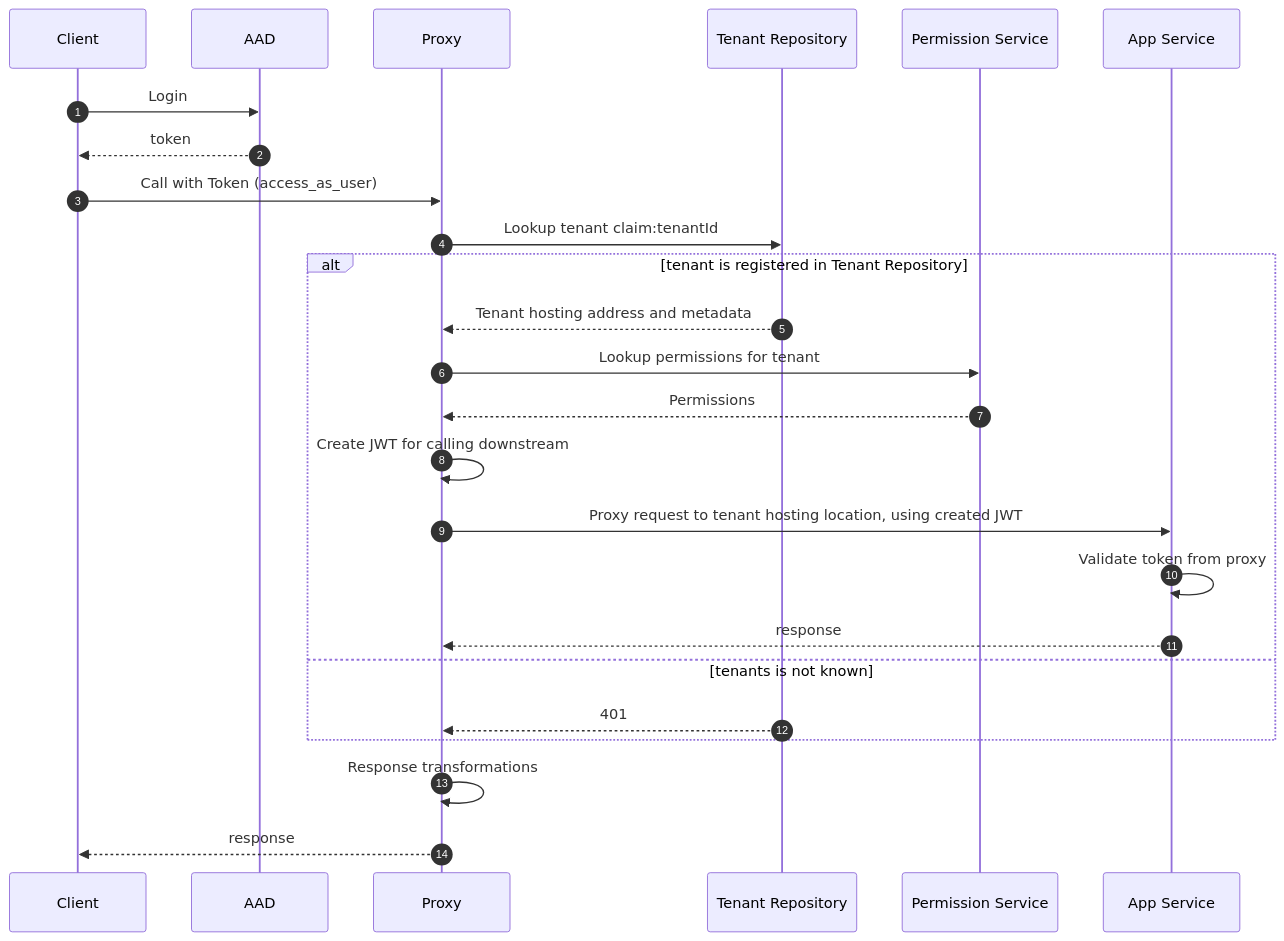
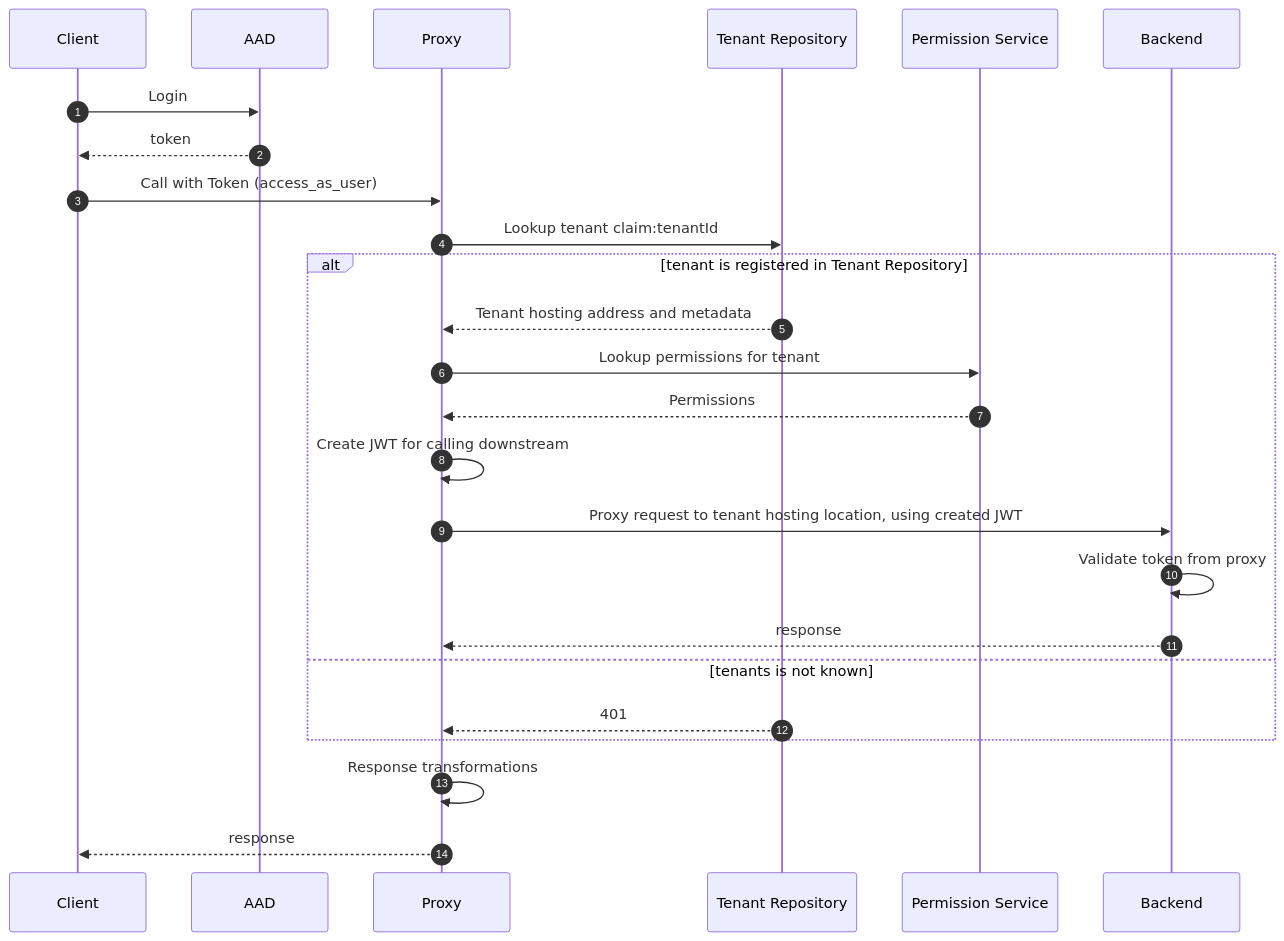
Before and after one commit to henrikwh/Tenant-Reverse-Proxy: the diagram in Docs/TenantRoutingMermaid.md, drawn with Mermaid.

Commit message:
update to sequence diagram

````diff
--- a/Docs/TenantRoutingMermaid.md
+++ b/Docs/TenantRoutingMermaid.md
@@ -1,23 +1,23 @@
 ```mermaid
 sequenceDiagram
 autonumber
 Client->>AAD : Login
 AAD-->>Client : token
 Client->>Proxy : Call with Token (access_as_user)
 Proxy->> Tenant Repository : Lookup tenant claim:tenantId 
 alt tenant is registered in Tenant Repository
 Tenant Repository -->> Proxy : Tenant hosting address and metadata
 Proxy->> Permission Service : Lookup permissions for tenant
 Permission Service -->> Proxy : Permissions 
 Proxy ->> Proxy : Create JWT for calling downstream
-Proxy ->> App Service : Proxy request to tenant hosting location, using created JWT
-App Service ->> App Service : Validate token from proxy
-App Service -->> Proxy : response
+Proxy ->> Backend : Proxy request to tenant hosting location, using created JWT
+Backend ->> Backend : Validate token from proxy
+Backend -->> Proxy : response
 
 else tenants is not known
 Tenant Repository -->> Proxy : 401 
 end
 Proxy ->> Proxy : Response transformations
 Proxy -->> Client : response
 
 ```
````
